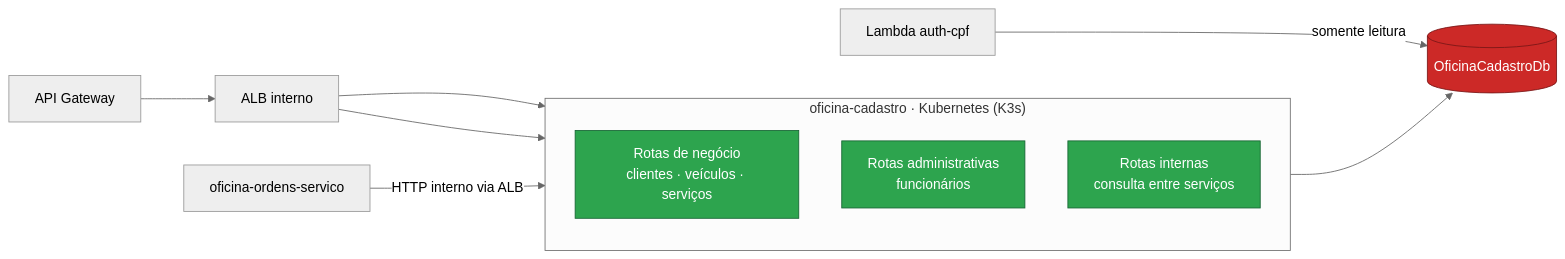
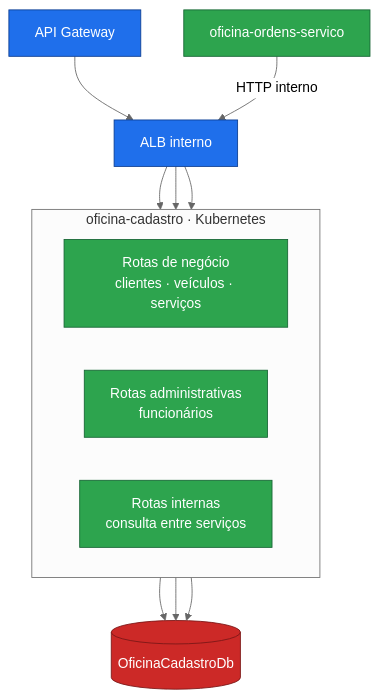
One commit to fabianorodrigues/oficina-cadastro-fiap-fase4 changed the second of 2 diagrams in README.md. Above: the diagram before and after it, drawn with Mermaid (neutral theme). The commit also changed other lines of this file, not shown here.

````diff
--- a/README.md
+++ b/README.md
@@ -75,21 +130,27 @@
 ```mermaid
-flowchart LR
-    subgraph Cadastro["oficina-cadastro · Kubernetes (K3s)"]
-        direction TB
-        Pub["Rotas de negócio<br/>clientes · veículos · serviços"]
-        Adm["Rotas administrativas<br/>funcionários"]
-        Int["Rotas internas<br/>consulta entre serviços"]
+flowchart TB
+    Gateway["API Gateway"] --> ALB["ALB interno"]
+    OrdensSvc["oficina-ordens-servico"] -->|"HTTP interno"| ALB
+
+    subgraph Servico["oficina-cadastro · Kubernetes"]
+        direction LR
+        Negocio["Rotas de negócio<br/>clientes · veículos · serviços"]
+        Admin["Rotas administrativas<br/>funcionários"]
+        Interna["Rotas internas<br/>consulta entre serviços"]
     end
 
-    API["API Gateway"] --> ALB["ALB interno"]
-    ALB --> Pub
-    ALB --> Adm
-    Ordens["oficina-ordens-servico"] -->|"HTTP interno via ALB"| Int
-    Cadastro --> DB[("OficinaCadastroDb")]
-    Auth["Lambda auth-cpf"] -->|"somente leitura"| DB
+    ALB --> Negocio
+    ALB --> Admin
+    ALB --> Interna
 
-    classDef svc fill:#2da44e,stroke:#166534,color:#fff
-    classDef data fill:#CC2927,stroke:#7a1717,color:#fff
-    class Pub,Adm,Int svc
-    class DB data
+    Negocio --> Banco[("OficinaCadastroDb")]
+    Admin --> Banco
+    Interna --> Banco
+
+    classDef borda fill:#1f6feb,stroke:#0b3d91,color:#fff
+    classDef servico fill:#2da44e,stroke:#166534,color:#fff
+    classDef dados fill:#CC2927,stroke:#7a1717,color:#fff
+    class Gateway,ALB borda
+    class Negocio,Admin,Interna,OrdensSvc servico
+    class Banco dados
 ```
````
